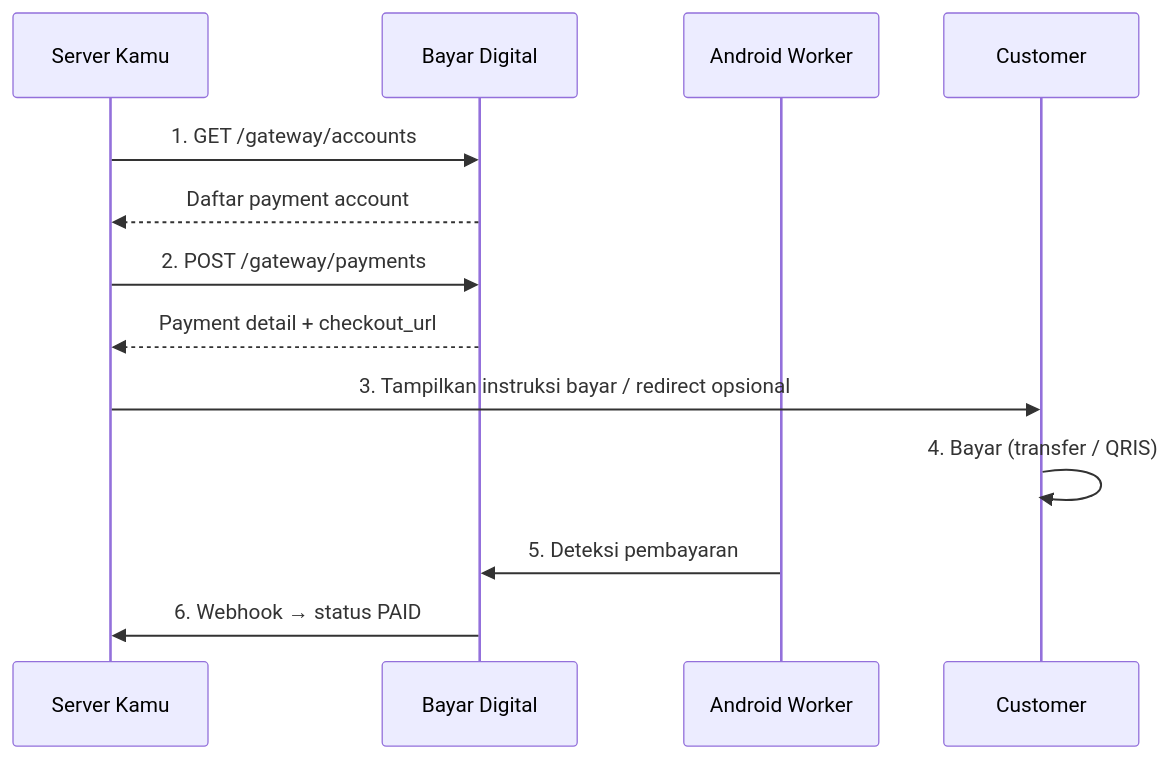
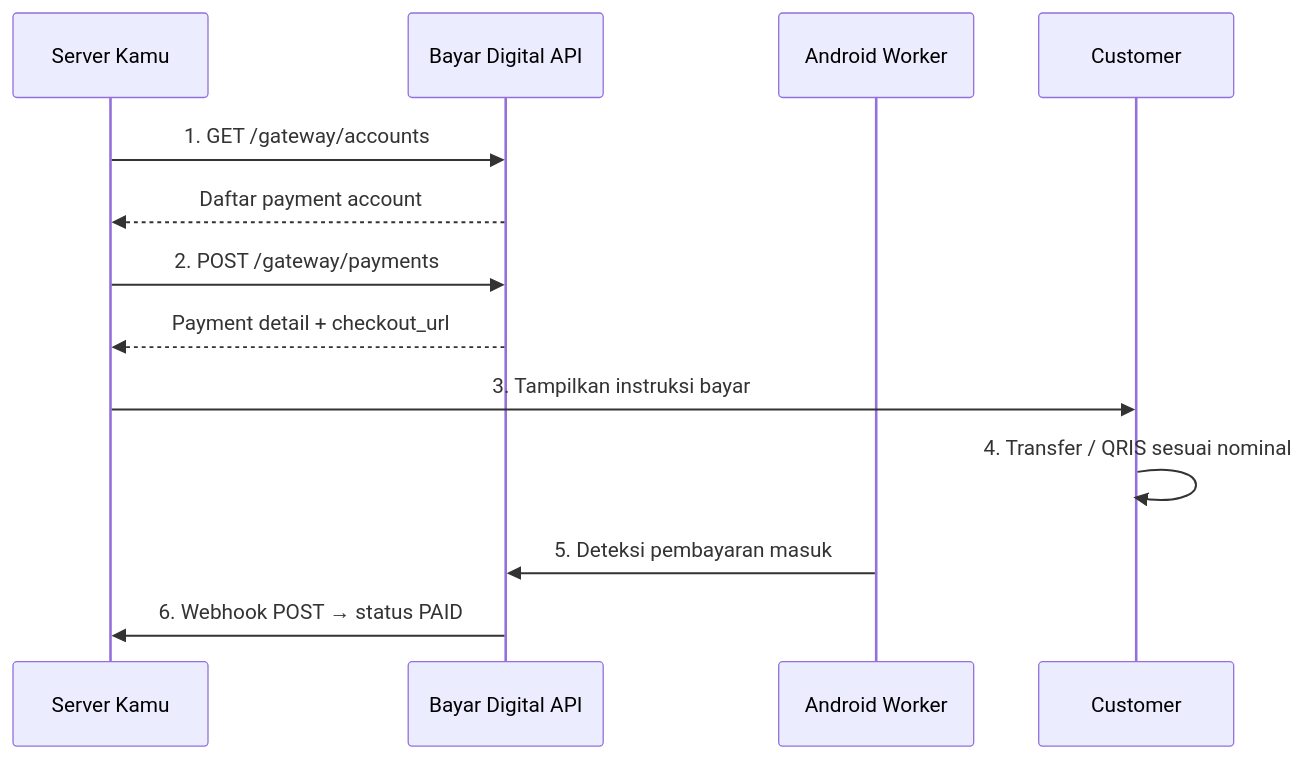
One commit to rioanandaputra-bot/bayar.digital-docs changed the diagram in docs/overview.md. Above: the diagram before and after it, drawn with Mermaid. The commit also changed other lines of this file and 22 other files, not shown here.

Commit message:
docs: split Payment Get into separate Payment Detail and Payment List pages, convert all tables to HTML with thead/tbody

````diff
--- a/docs/overview.md
+++ b/docs/overview.md
@@ -42,16 +19,16 @@
 ```mermaid
 sequenceDiagram
-    participant T as Server Kamu
-    participant API as Bayar Digital
+    participant S as Server Kamu
+    participant API as Bayar Digital API
     participant W as Android Worker
     participant C as Customer
 
-    T->>API: 1. GET /gateway/accounts
-    API-->>T: Daftar payment account
-    T->>API: 2. POST /gateway/payments
-    API-->>T: Payment detail + checkout_url
-    T->>C: 3. Tampilkan instruksi bayar / redirect opsional
-    C->>C: 4. Bayar (transfer / QRIS)
-    W->>API: 5. Deteksi pembayaran
-    API->>T: 6. Webhook → status PAID
+    S->>API: 1. GET /gateway/accounts
+    API-->>S: Daftar payment account
+    S->>API: 2. POST /gateway/payments
+    API-->>S: Payment detail + checkout_url
+    S->>C: 3. Tampilkan instruksi bayar
+    C->>C: 4. Transfer / QRIS sesuai nominal
+    W->>API: 5. Deteksi pembayaran masuk
+    API->>S: 6. Webhook POST → status PAID
 ```
````
